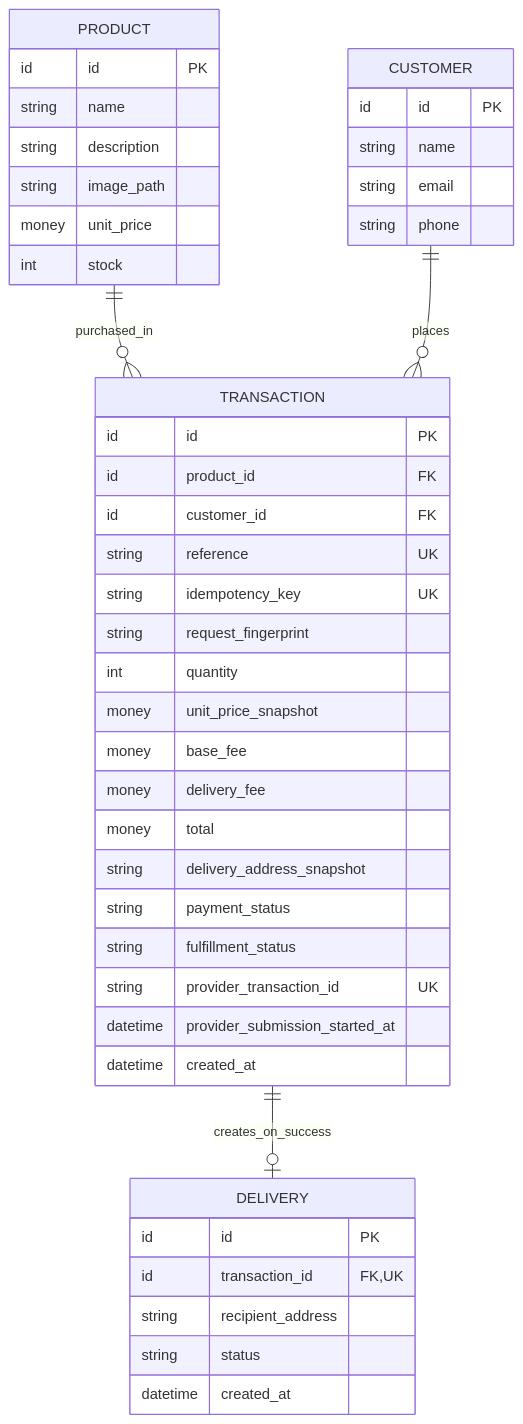
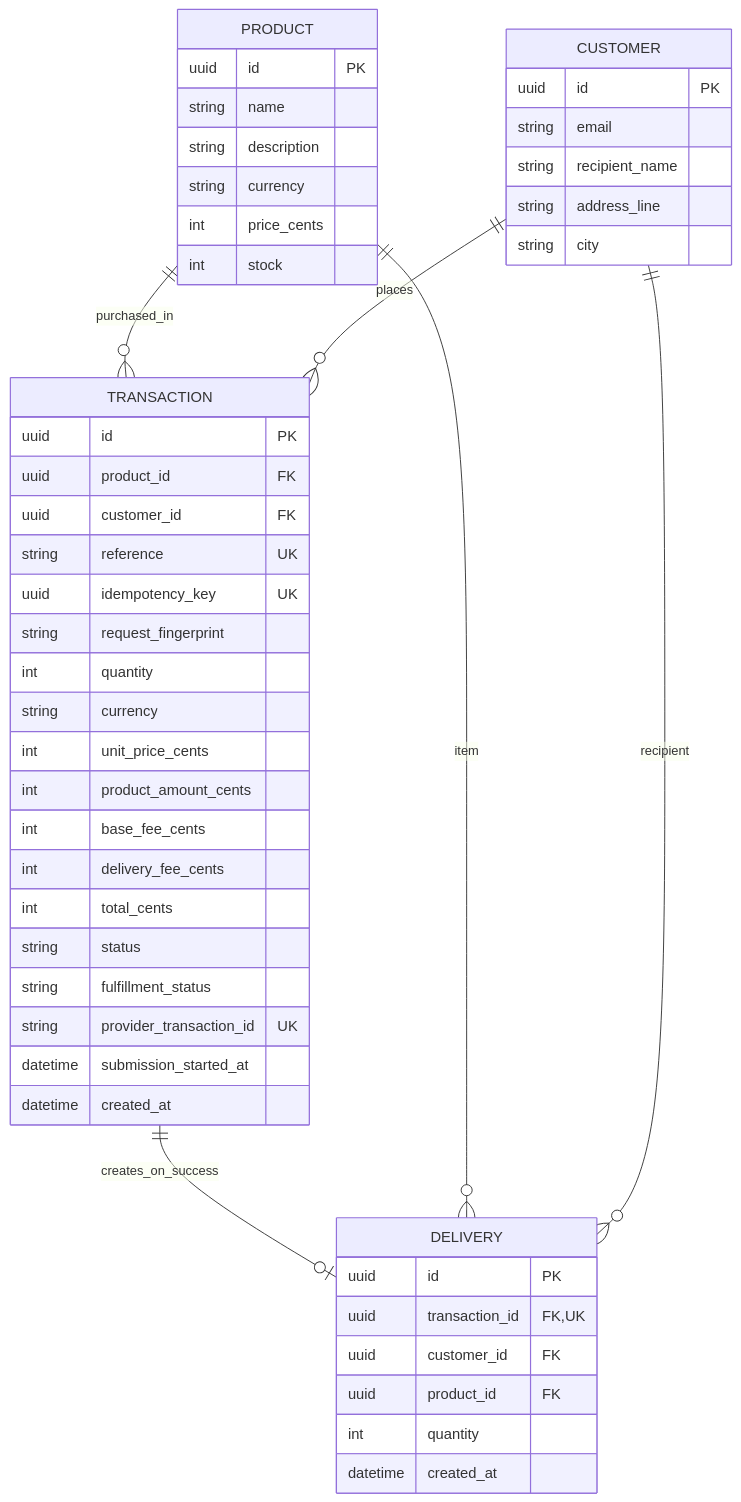
Before and after one commit to alexanderbeleno16/product-payment: the fourth of 5 diagrams in README.md, drawn with Mermaid. The commit also changed other lines of this file and 20 other files, not shown here.

Commit message:
feat(backend): expose payment status and reconcile known transactions

````diff
--- a/README.md
+++ b/README.md
@@ -137,50 +139,55 @@
 ```mermaid
 erDiagram
     PRODUCT ||--o{ TRANSACTION : purchased_in
     CUSTOMER ||--o{ TRANSACTION : places
     TRANSACTION ||--o| DELIVERY : creates_on_success
+    PRODUCT ||--o{ DELIVERY : item
+    CUSTOMER ||--o{ DELIVERY : recipient
 
     PRODUCT {
-        id id PK
+        uuid id PK
         string name
         string description
-        string image_path
-        money unit_price
+        string currency
+        int price_cents
         int stock
     }
 
     CUSTOMER {
-        id id PK
-        string name
+        uuid id PK
         string email
-        string phone
+        string recipient_name
+        string address_line
+        string city
     }
 
     TRANSACTION {
-        id id PK
-        id product_id FK
-        id customer_id FK
+        uuid id PK
+        uuid product_id FK
+        uuid customer_id FK
         string reference UK
-        string idempotency_key UK
+        uuid idempotency_key UK
         string request_fingerprint
         int quantity
-        money unit_price_snapshot
-        money base_fee
-        money delivery_fee
-        money total
-        string delivery_address_snapshot
-        string payment_status
+        string currency
+        int unit_price_cents
+        int product_amount_cents
+        int base_fee_cents
+        int delivery_fee_cents
+        int total_cents
+        string status
         string fulfillment_status
         string provider_transaction_id UK
-        datetime provider_submission_started_at
+        datetime submission_started_at
         datetime created_at
     }
 
     DELIVERY {
-        id id PK
-        id transaction_id FK, UK
-        string recipient_address
-        string status
+        uuid id PK
+        uuid transaction_id FK, UK
+        uuid customer_id FK
+        uuid product_id FK
+        int quantity
         datetime created_at
     }
 ```
````
